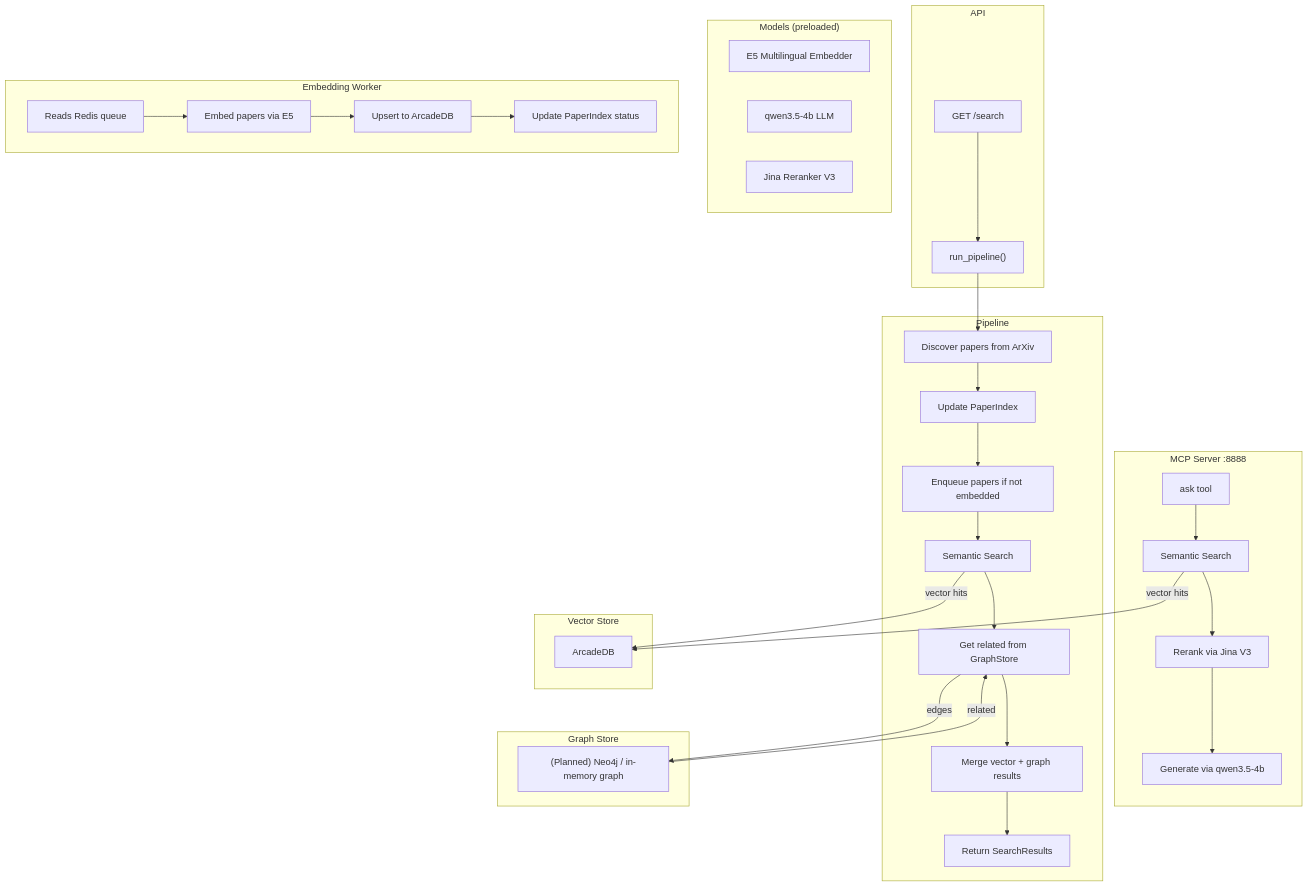
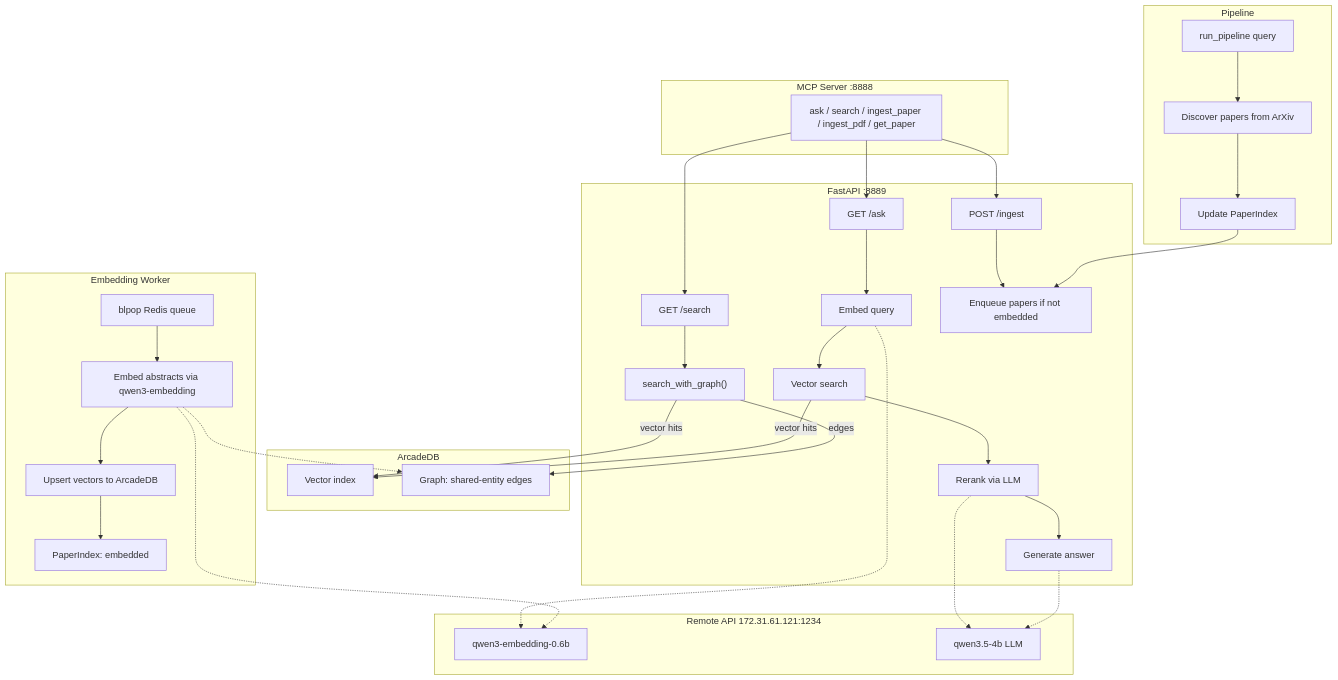
Before and after one commit to mikelysov/litgraph: the diagram in README.md, drawn with Mermaid. The commit also changed other lines of this file, not shown here.

````diff
--- a/README.md
+++ b/README.md
@@ -91,48 +88,43 @@
 ```mermaid
 flowchart TD
-    subgraph API
-        A1[GET /search] --> P["run_pipeline()"]
+    subgraph API["FastAPI :8889"]
+        A1[GET /search] --> SG["search_with_graph()"]
+        A2[GET /ask] --> SE[Embed query] --> VS[Vector search] --> R["Rerank via LLM"] --> G2[Generate answer]
+        A3[POST /ingest] --> Q
     end
 
     subgraph MCP["MCP Server :8888"]
-        M1[ask tool] --> S[Semantic Search]
-        S --> R[Rerank via Jina V3]
-        R --> L[Generate via qwen3.5-4b]
+        M1[ask / search / ingest_paper / ingest_pdf / get_paper] --> A1
+        M1 --> A2
+        M1 --> A3
     end
 
     subgraph Pipeline
-        P --> F[Discover papers from ArXiv]
+        P[run_pipeline query] --> F[Discover papers from ArXiv]
         F --> I[Update PaperIndex]
         I --> Q[Enqueue papers if not embedded]
-        Q --> S2[Semantic Search]
-        S2 --> G[Get related from GraphStore]
-        G --> M[Merge vector + graph results]
-        M --> R2[Return SearchResults]
     end
 
-    subgraph Models["Models (preloaded)"]
-        E1[E5 Multilingual Embedder]
-        E2[qwen3.5-4b LLM]
-        E3[Jina Reranker V3]
+    subgraph Models["Remote API 172.31.61.121:1234"]
+        E2[qwen3-embedding-0.6b]
+        E3[qwen3.5-4b LLM]
     end
 
-    subgraph Vector Store
-        V1["ArcadeDB"]
+    subgraph VectorDB["ArcadeDB"]
+        V1[Vector index]
+        G1["Graph: shared-entity edges"]
     end
 
-    subgraph Embedding Worker
-        W1["Reads Redis queue"]
-        W1 --> EB[Embed papers via E5]
-        EB --> V[Upsert to ArcadeDB]
-        V --> U[Update PaperIndex status]
+    subgraph Worker["Embedding Worker"]
+        W1["blpop Redis queue"] --> EB[Embed abstracts via qwen3-embedding] --> V[Upsert vectors to ArcadeDB] --> U[PaperIndex: embedded]
+        EB -.-> G1
     end
 
-    subgraph Graph Store
-        G1["(Planned) Neo4j / in-memory graph"]
-    end
-
-    S -->|vector hits| V1
-    S2 -->|vector hits| V1
-    G -->|edges| G1
-    G1 -->|related| G
+    SG -->|vector hits| V1
+    SG -->|edges| G1
+    VS -->|vector hits| V1
+    SE -.-> E2
+    R -.-> E3
+    G2 -.-> E3
+    EB -.-> E2
 ```
````
